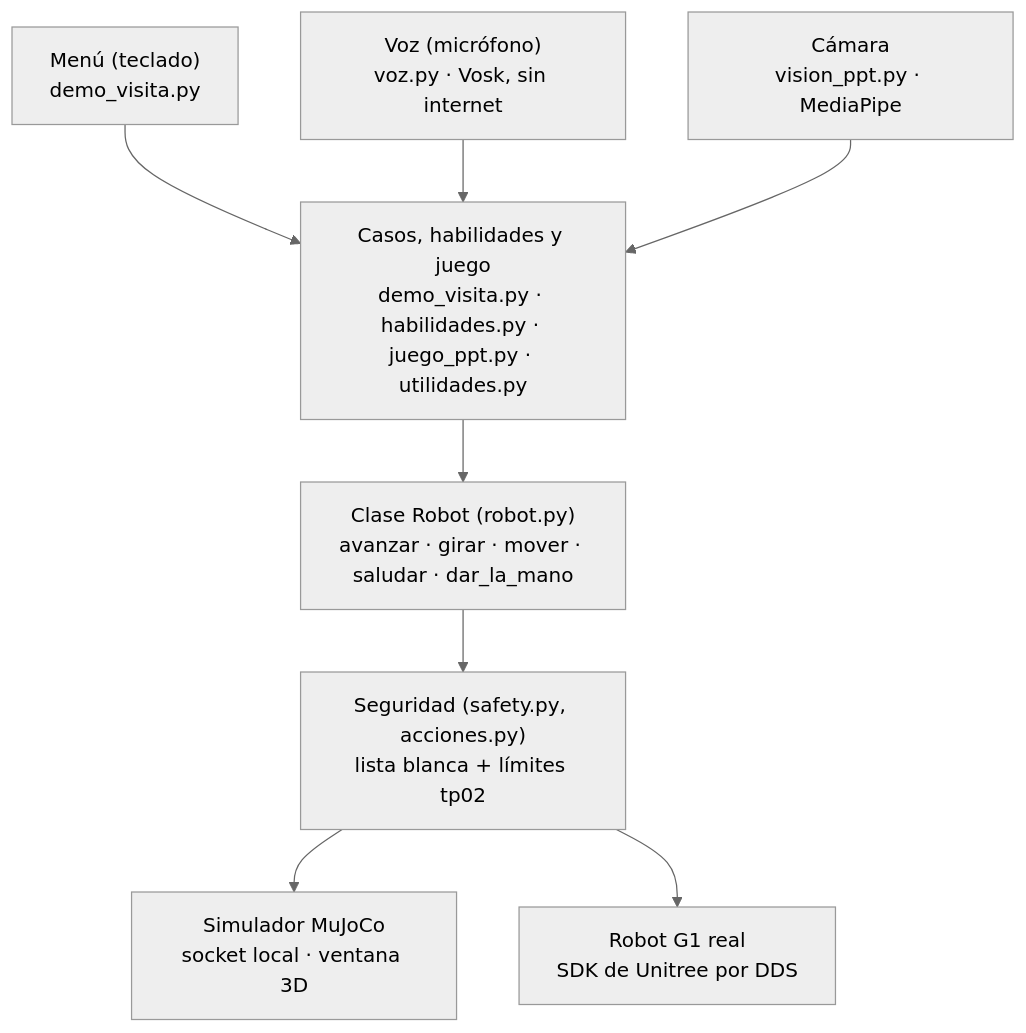
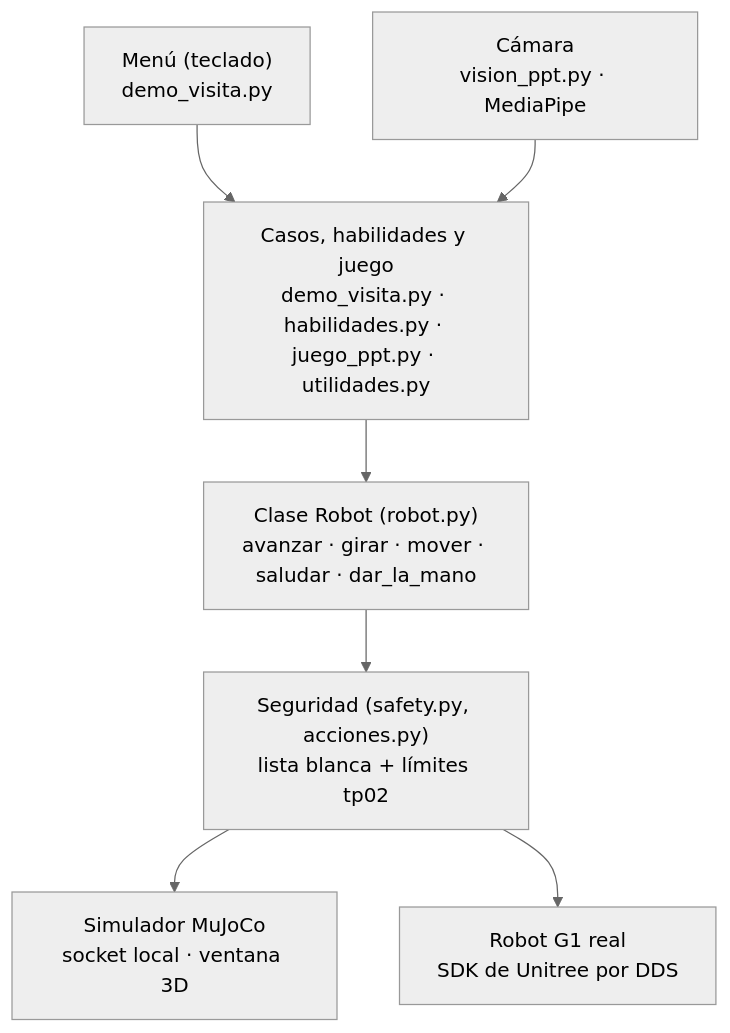
One commit to gcayo/TPO-Inteligencia-Artificial changed the diagram in DOCUMENTACION.md. Above: the diagram before and after it, drawn with Mermaid (neutral theme). The commit also changed other lines of this file and 10 other files, not shown here.

````diff
--- a/DOCUMENTACION.md
+++ b/DOCUMENTACION.md
@@ -31,12 +31,11 @@
 ```mermaid
 flowchart TD
     M["Menú (teclado)<br/>demo_visita.py"] --> H
-    V["Voz (micrófono)<br/>voz.py · Vosk, sin internet"] --> H
     C["Cámara<br/>vision_ppt.py · MediaPipe"] --> H
     H["Casos, habilidades y juego<br/>demo_visita.py · habilidades.py · juego_ppt.py · utilidades.py"] --> R
     R["Clase Robot (robot.py)<br/>avanzar · girar · mover · saludar · dar_la_mano"] --> S
     S["Seguridad (safety.py, acciones.py)<br/>lista blanca + límites tp02"] --> SIM
     S --> REAL
     SIM["Simulador MuJoCo<br/>socket local · ventana 3D"]
     REAL["Robot G1 real<br/>SDK de Unitree por DDS"]
 ```
````
